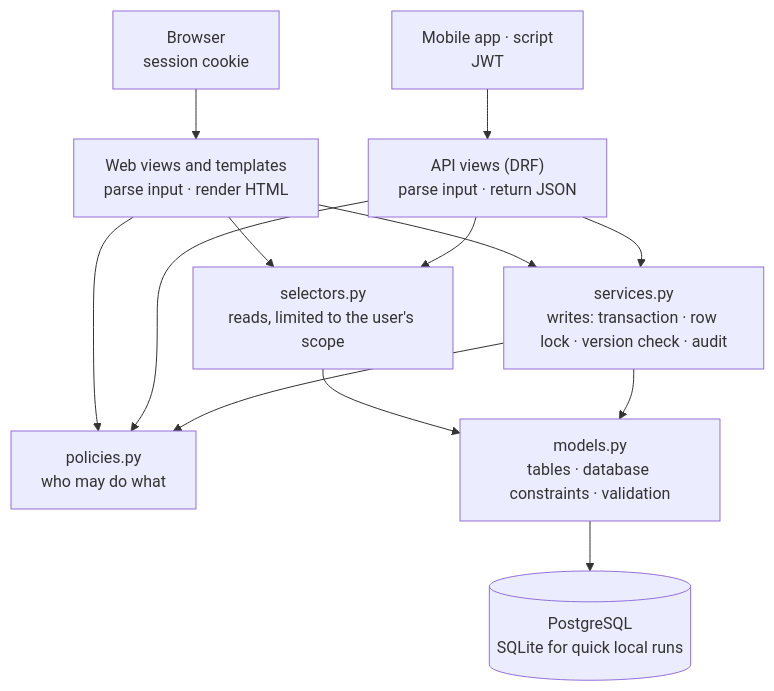
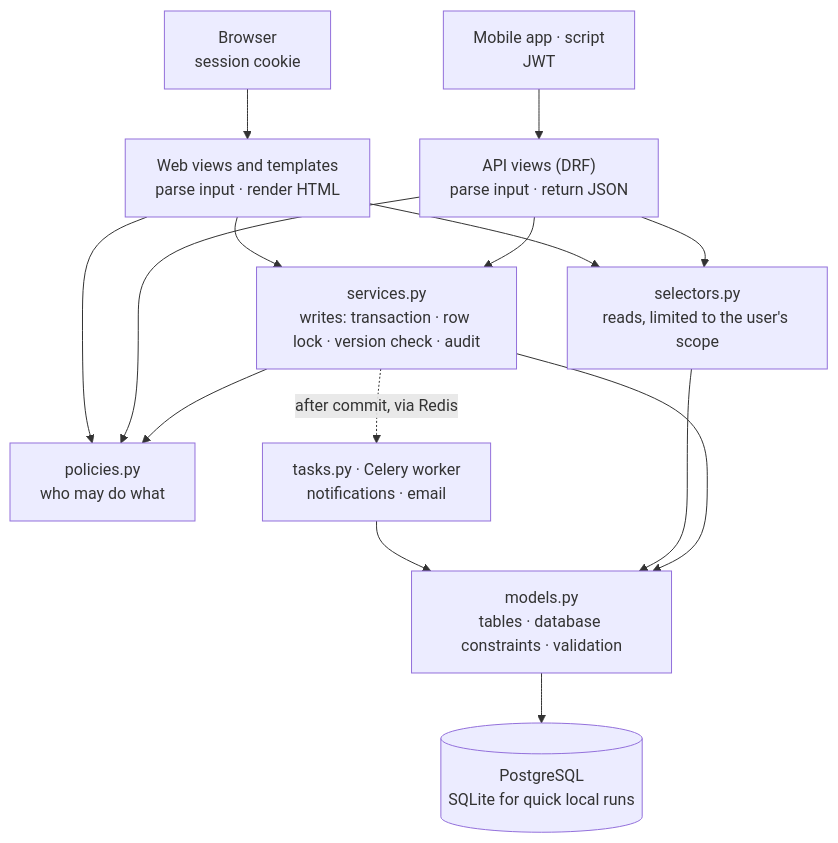
One commit to Sandeepjanjirala/ERP changed the diagram in docs/ARCHITECTURE.md. Above: the diagram before and after it, drawn with Mermaid. The commit also changed other lines of this file and 8 other files, not shown here.

````diff
--- a/docs/ARCHITECTURE.md
+++ b/docs/ARCHITECTURE.md
@@ -9,15 +9,17 @@
 ```mermaid
 flowchart TB
     browser["Browser<br/>session cookie"] --> views["Web views and templates<br/>parse input · render HTML"]
     client["Mobile app · script<br/>JWT"] --> api["API views (DRF)<br/>parse input · return JSON"]
     views --> policies["policies.py<br/>who may do what"]
     views --> selectors["selectors.py<br/>reads, limited to the user's scope"]
     views --> services["services.py<br/>writes: transaction · row lock · version check · audit"]
     api --> policies
     api --> selectors
     api --> services
     services --> policies
+    services -. "after commit, via Redis" .-> jobs["tasks.py · Celery worker<br/>notifications · email"]
+    jobs --> models
     selectors --> models["models.py<br/>tables · database constraints · validation"]
     services --> models
     models --> db[("PostgreSQL<br/>SQLite for quick local runs")]
 ```
````
